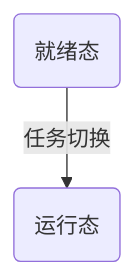
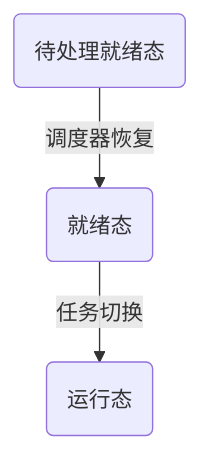
One commit to akai100/job_seek changed the first of 2 diagrams in 操作系统/FreeRtos/task.md. Above: the diagram before and after it, drawn with Mermaid. The commit also changed other lines of this file, not shown here.

````diff
--- a/操作系统/FreeRtos/task.md
+++ b/操作系统/FreeRtos/task.md
@@ -11,4 +20,5 @@
 ```mermaid
 graph TD
   A(就绪态) -->|任务切换| B(运行态)
+  C(待处理就绪态) -->|调度器恢复| A(就绪态)
 ```
````
